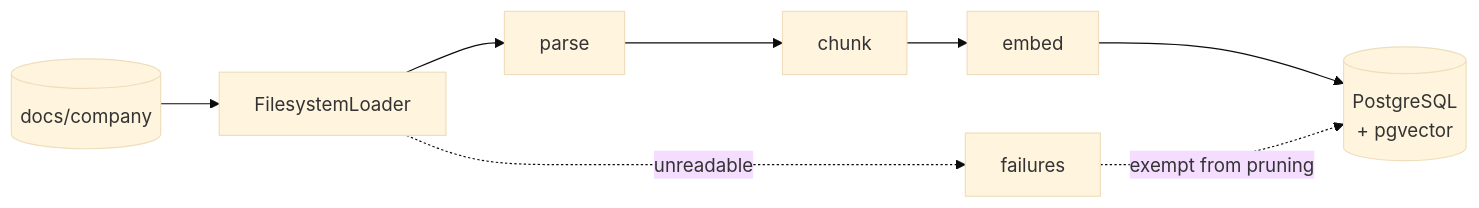
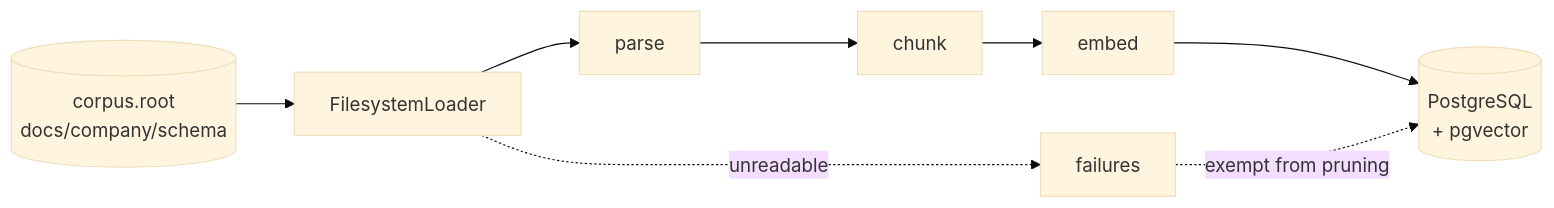
The second of 3 diagrams in docs/engineering/architecture/overview.md (MokshDX/OSC-Chatbot), drawn with Mermaid (base theme) before and after one commit. The commit also changed other lines of this file and 365 other files, not shown here.

First line of the commit message:
feat: conversational memory, schema-first corpus, mature evaluation system

````diff
--- a/docs/engineering/architecture/overview.md
+++ b/docs/engineering/architecture/overview.md
@@ -75,10 +80,10 @@
 ```mermaid
 flowchart LR
-    F[(docs/company)] --> L[FilesystemLoader]
+    F[("corpus.root<br/>docs/company/schema")] --> L[FilesystemLoader]
     L --> P[parse]
     P --> C[chunk]
     C --> E[embed]
     E --> S[(PostgreSQL<br/>+ pgvector)]
     L -.unreadable.-> FA[failures]
     FA -.exempt from pruning.-> S
 ```
````
